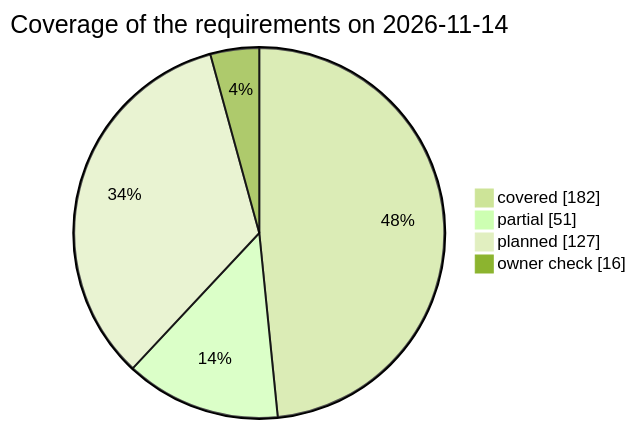
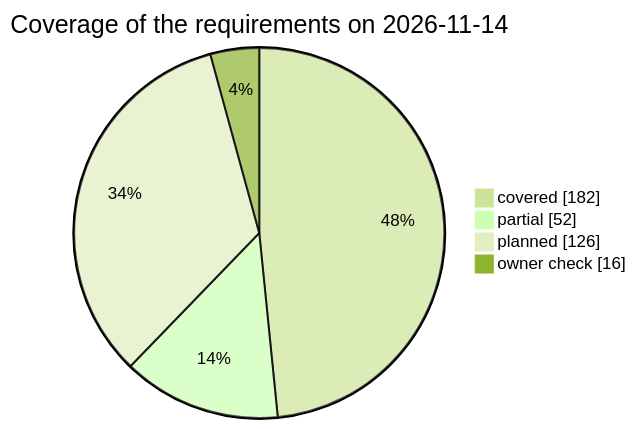
One commit to qa-io-vn/fnb-manager changed the third of 3 diagrams in docs/test-plan.md. Above: the diagram before and after it, drawn with Mermaid (forest theme). The commit also changed other lines of this file and 14 other files, not shown here.

````diff
--- a/docs/test-plan.md
+++ b/docs/test-plan.md
@@ -836,8 +836,8 @@
 ```mermaid
 pie showData
     title Coverage of the requirements on 2026-11-14
     "covered" : 182
-    "partial" : 51
-    "planned" : 127
+    "partial" : 52
+    "planned" : 126
     "owner check" : 16
 ```
````
